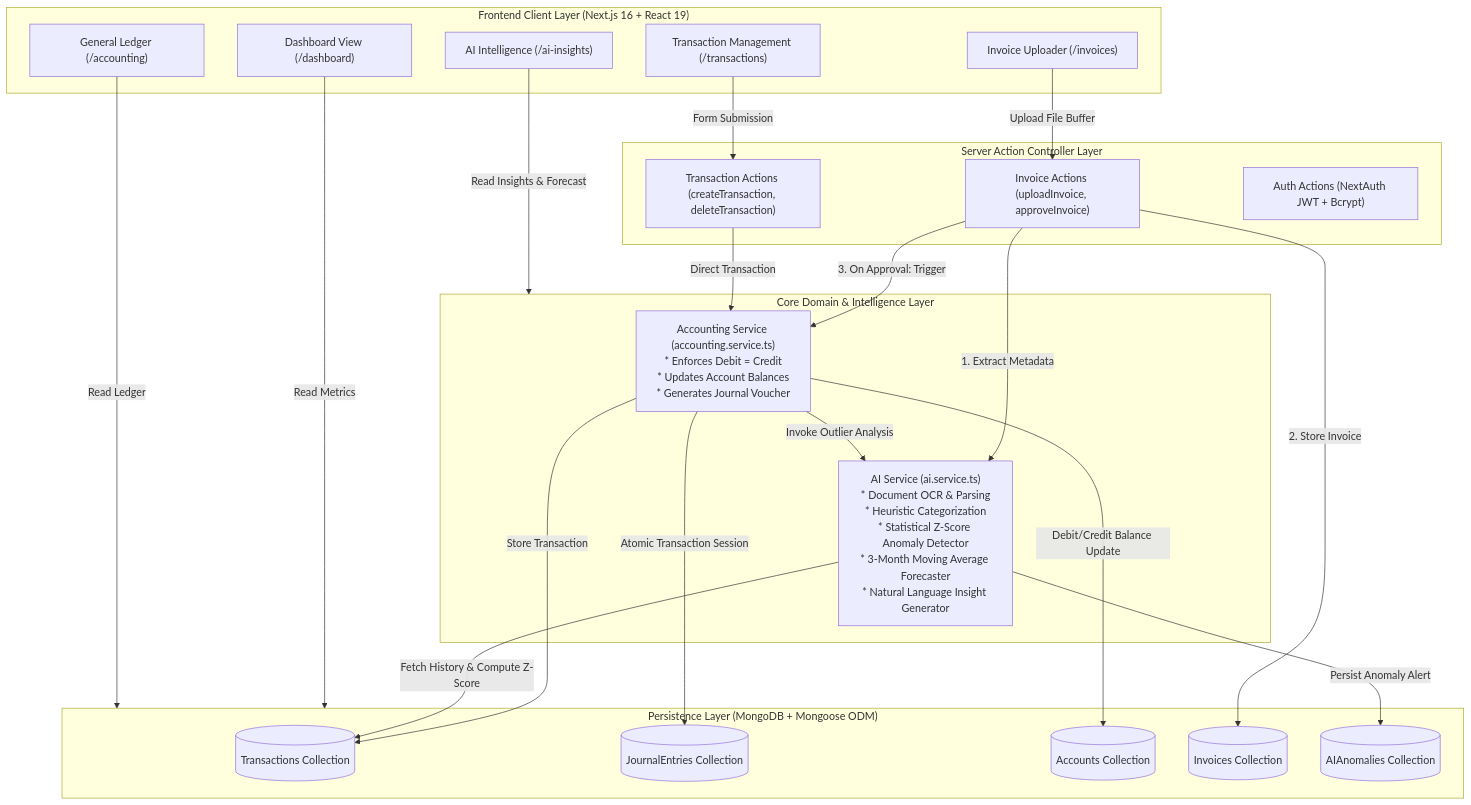
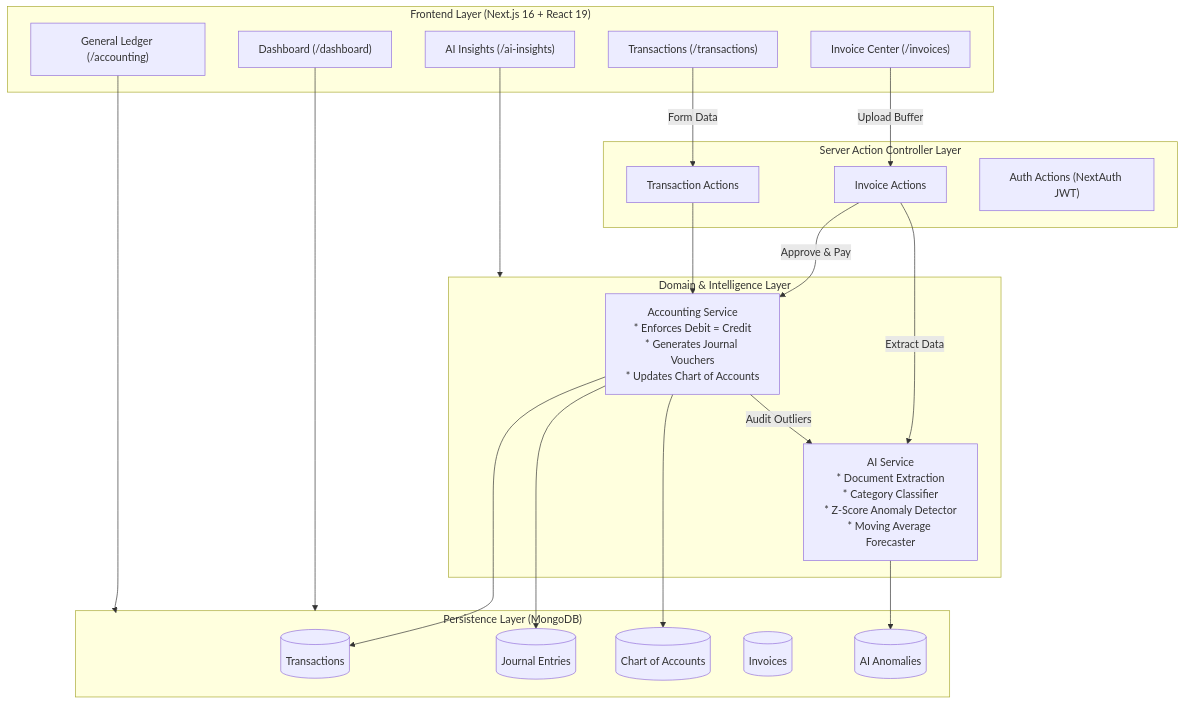
The first of 2 diagrams in README.md (abhishekkulbainur/finance_AI_5024134), drawn with Mermaid before and after one commit. The commit also changed other lines of this file and 5 other files, not shown here.

````diff
--- a/README.md
+++ b/README.md
@@ -163,50 +87,45 @@
 ```mermaid
 flowchart TD
-    subgraph ClientLayer["Frontend Client Layer (Next.js 16 + React 19)"]
-        UI_Dash["Dashboard View (/dashboard)"]
-        UI_Inv["Invoice Uploader (/invoices)"]
-        UI_Txn["Transaction Management (/transactions)"]
+    subgraph Client["Frontend Layer (Next.js 16 + React 19)"]
+        UI_Dash["Dashboard (/dashboard)"]
+        UI_Inv["Invoice Center (/invoices)"]
+        UI_Txn["Transactions (/transactions)"]
         UI_Acc["General Ledger (/accounting)"]
-        UI_AI["AI Intelligence (/ai-insights)"]
+        UI_AI["AI Insights (/ai-insights)"]
     end
 
-    subgraph ServerActionLayer["Server Action Controller Layer"]
-        SA_Inv["Invoice Actions (uploadInvoice, approveInvoice)"]
-        SA_Txn["Transaction Actions (createTransaction, deleteTransaction)"]
-        SA_Auth["Auth Actions (NextAuth JWT + Bcrypt)"]
+    subgraph Server["Server Action Controller Layer"]
+        SA_Inv["Invoice Actions"]
+        SA_Txn["Transaction Actions"]
+        SA_Auth["Auth Actions (NextAuth JWT)"]
     end
 
-    subgraph BusinessServiceLayer["Core Domain & Intelligence Layer"]
-        AccService["Accounting Service (accounting.service.ts)\n* Enforces Debit = Credit\n* Updates Account Balances\n* Generates Journal Voucher"]
-        AIService["AI Service (ai.service.ts)\n* Document OCR & Parsing\n* Heuristic Categorization\n* Statistical Z-Score Anomaly Detector\n* 3-Month Moving Average Forecaster\n* Natural Language Insight Generator"]
+    subgraph CoreServices["Domain & Intelligence Layer"]
+        AccService["Accounting Service\n* Enforces Debit = Credit\n* Generates Journal Vouchers\n* Updates Chart of Accounts"]
+        AIService["AI Service\n* Document Extraction\n* Category Classifier\n* Z-Score Anomaly Detector\n* Moving Average Forecaster"]
     end
 
-    subgraph DataLayer["Persistence Layer (MongoDB + Mongoose ODM)"]
-        M_Txn[("Transactions Collection")]
-        M_Journ[("JournalEntries Collection")]
-        M_Acc[("Accounts Collection")]
-        M_Inv[("Invoices Collection")]
-        M_Anom[("AIAnomalies Collection")]
+    subgraph DB["Persistence Layer (MongoDB)"]
+        M_Txn[("Transactions")]
+        M_Journ[("Journal Entries")]
+        M_Acc[("Chart of Accounts")]
+        M_Inv[("Invoices")]
+        M_Anom[("AI Anomalies")]
     end
 
-    %% Flow connections
-    UI_Inv -->|Upload File Buffer| SA_Inv
-    UI_Txn -->|Form Submission| SA_Txn
-    UI_Dash -->|Read Metrics| DataLayer
-    UI_Acc -->|Read Ledger| DataLayer
-    UI_AI -->|Read Insights & Forecast| BusinessServiceLayer
+    UI_Inv -->|Upload Buffer| SA_Inv
+    UI_Txn -->|Form Data| SA_Txn
+    UI_Dash --> DB
+    UI_Acc --> DB
+    UI_AI --> CoreServices
 
-    SA_Inv -->|1. Extract Metadata| AIService
-    SA_Inv -->|2. Store Invoice| M_Inv
-    SA_Inv -->|3. On Approval: Trigger| AccService
+    SA_Inv -->|Extract Data| AIService
+    SA_Inv -->|Approve & Pay| AccService
+    SA_Txn --> AccService
 
-    SA_Txn -->|Direct Transaction| AccService
-
-    AccService -->|Atomic Transaction Session| M_Journ
-    AccService -->|Debit/Credit Balance Update| M_Acc
-    AccService -->|Store Transaction| M_Txn
-    AccService -->|Invoke Outlier Analysis| AIService
-
-    AIService -->|Fetch History & Compute Z-Score| M_Txn
-    AIService -->|Persist Anomaly Alert| M_Anom
+    AccService --> M_Journ
+    AccService --> M_Acc
+    AccService --> M_Txn
+    AccService -->|Audit Outliers| AIService
+    AIService --> M_Anom
 ```
````
